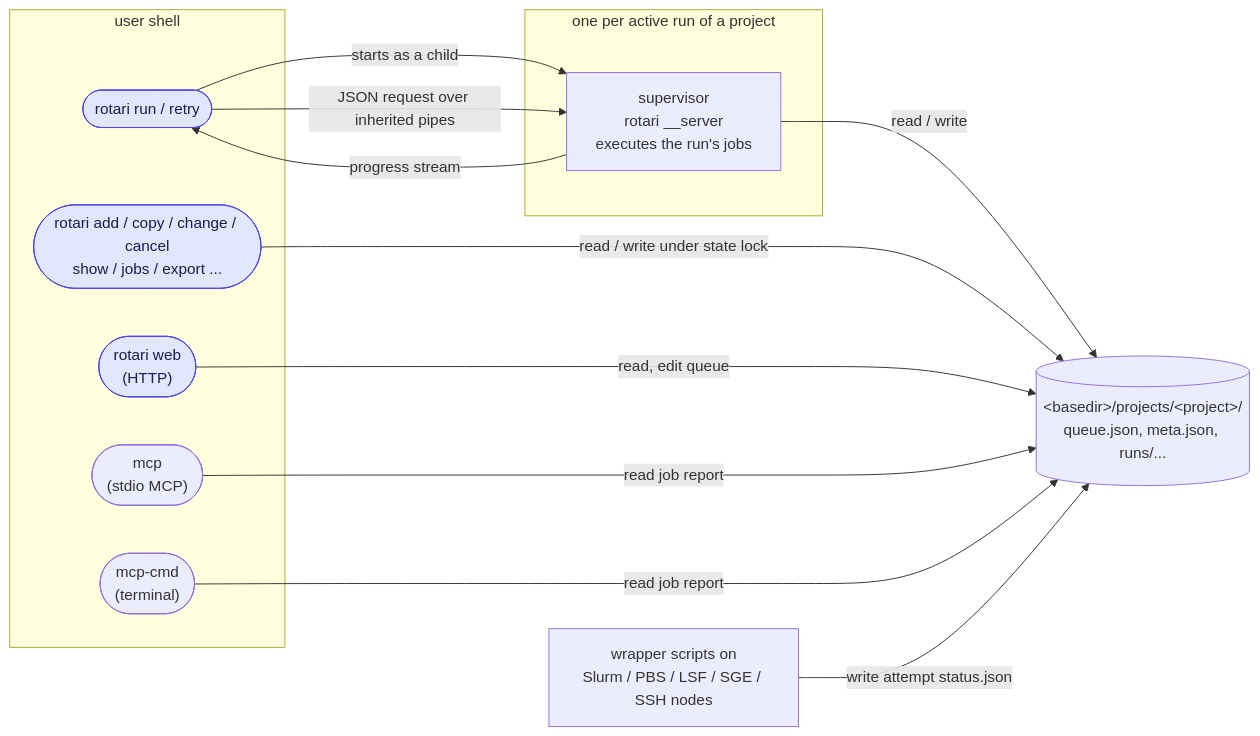
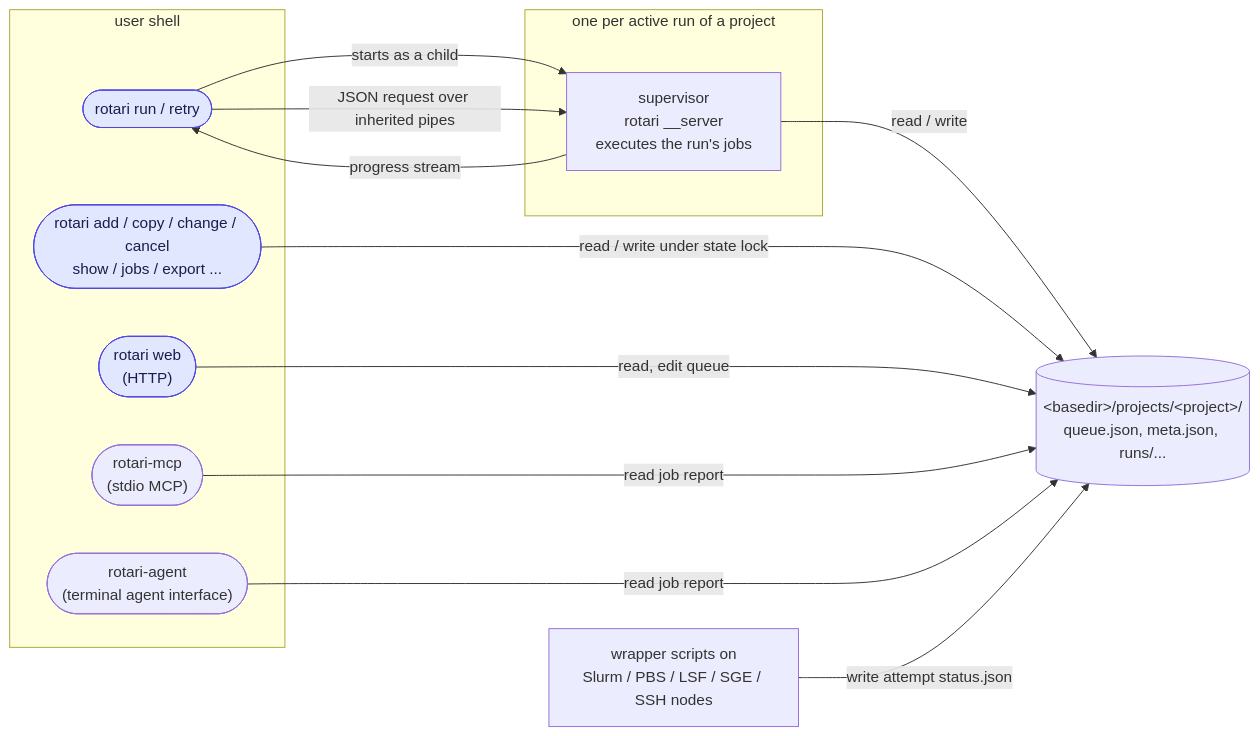
The first of 2 diagrams in docs/ARCHITECTURE.md (kamo-naoyuki/rotari), drawn with Mermaid before and after one commit. The commit also changed other lines of this file and 4 other files, not shown here.

Commit message:
Group agent entry points under cmd/mcp

````diff
--- a/docs/ARCHITECTURE.md
+++ b/docs/ARCHITECTURE.md
@@ -18,28 +18,28 @@
 ```mermaid
 flowchart LR
   subgraph clients["user shell"]
     runcli(["rotari run / retry"])
     direct(["rotari add / copy / change / cancel<br/>show / jobs / export ..."])
     webcli(["rotari web<br/>(HTTP)"])
-      mcpcli(["mcp<br/>(stdio MCP)"])
-      mcpcmd(["mcp-cmd<br/>(terminal)"])
+      mcpcli(["rotari-mcp<br/>(stdio MCP)"])
+      agentcli(["rotari-agent<br/>(terminal agent interface)"])
   end
   subgraph sup["one per active run of a project"]
     supervisor["supervisor<br/>rotari __server<br/>executes the run's jobs"]
   end
   files[("&lt;basedir&gt;/projects/&lt;project&gt;/<br/>queue.json, meta.json, runs/...")]
    nodes["wrapper scripts on<br/>Slurm / PBS / LSF / SGE / SSH nodes"]
 
   runcli -->|"starts as a child"| supervisor
   runcli -->|"JSON request over inherited pipes"| supervisor
   supervisor -->|progress stream| runcli
   supervisor -->|read / write| files
   direct -->|"read / write under state lock"| files
   webcli -->|"read, edit queue"| files
    mcpcli -->|"read job report"| files
-   mcpcmd -->|"read job report"| files
+   agentcli -->|"read job report"| files
   nodes -->|write attempt status.json| files
 
    classDef command fill:#e0e7ff,stroke:#4f46e5,color:#1e1b4b
   class runcli,direct,webcli command
 ```
````
